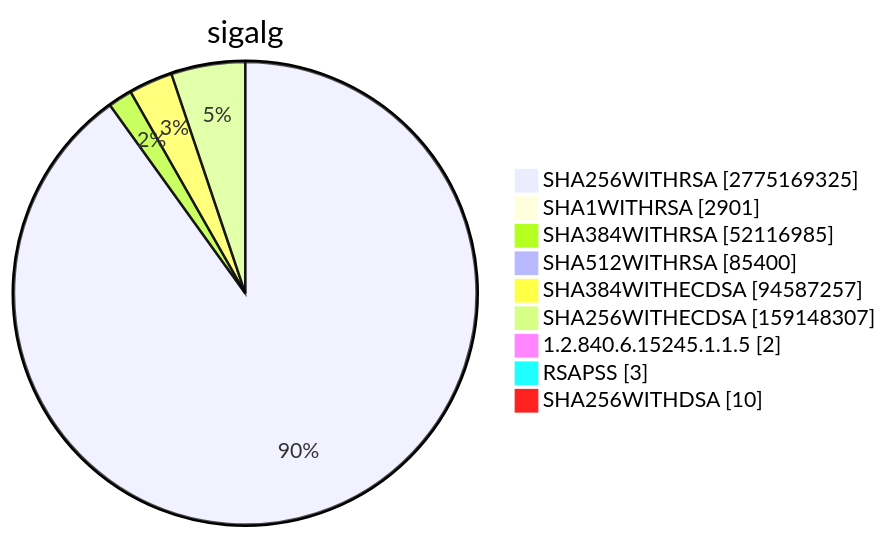
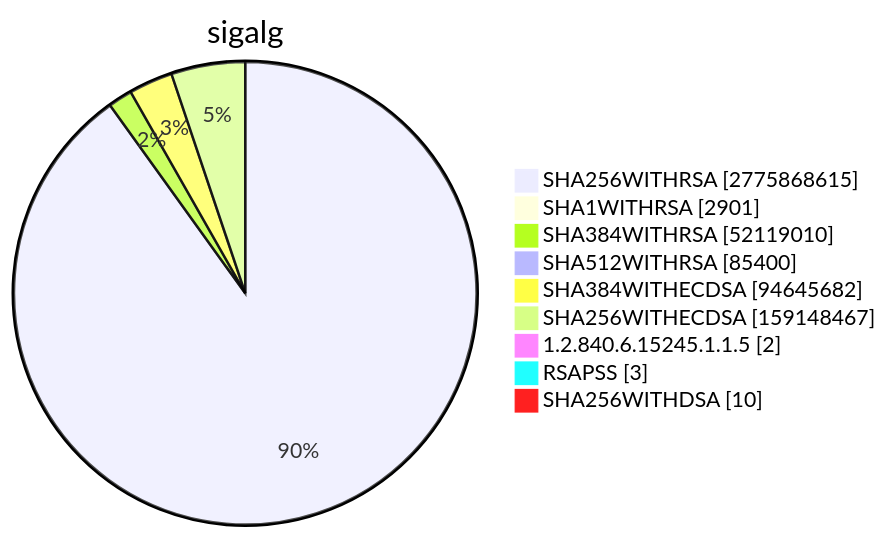
One commit to christiankrug/ctmonitor_visualization changed diagram 15 of 15 in TOTAL/README.md. Above: the diagram before and after it, drawn with Mermaid. The commit also changed other lines of this file, not shown here.

````diff
--- a/TOTAL/README.md
+++ b/TOTAL/README.md
@@ -6205,13 +6205,13 @@
 ```mermaid
 pie showData
 title sigalg
-"SHA256WITHRSA" :2775169325
+"SHA256WITHRSA" :2775868615
 "SHA1WITHRSA" :2901
-"SHA384WITHRSA" :52116985
+"SHA384WITHRSA" :52119010
 "SHA512WITHRSA" :85400
-"SHA384WITHECDSA" :94587257
-"SHA256WITHECDSA" :159148307
+"SHA384WITHECDSA" :94645682
+"SHA256WITHECDSA" :159148467
 "1.2.840.6.15245.1.1.5" :2
 "RSAPSS" :3
 "SHA256WITHDSA" :10
 ```
````
